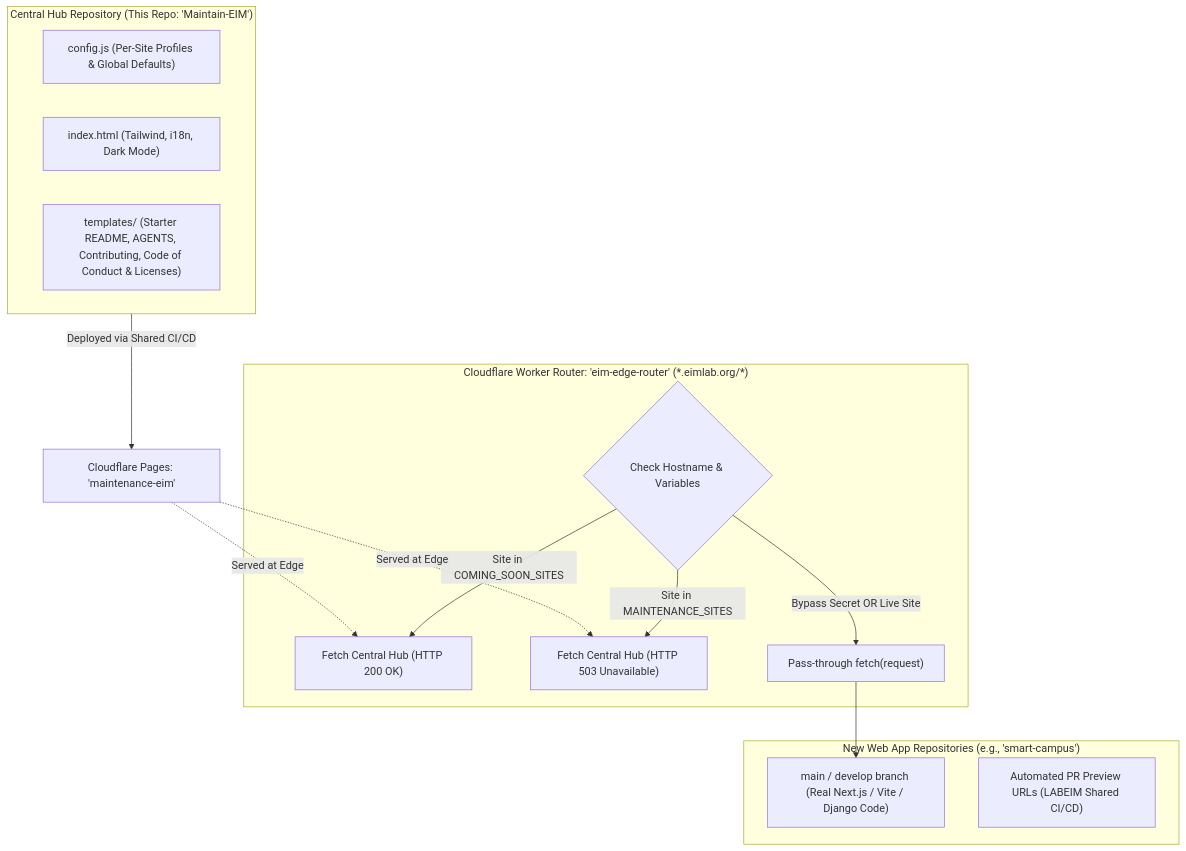
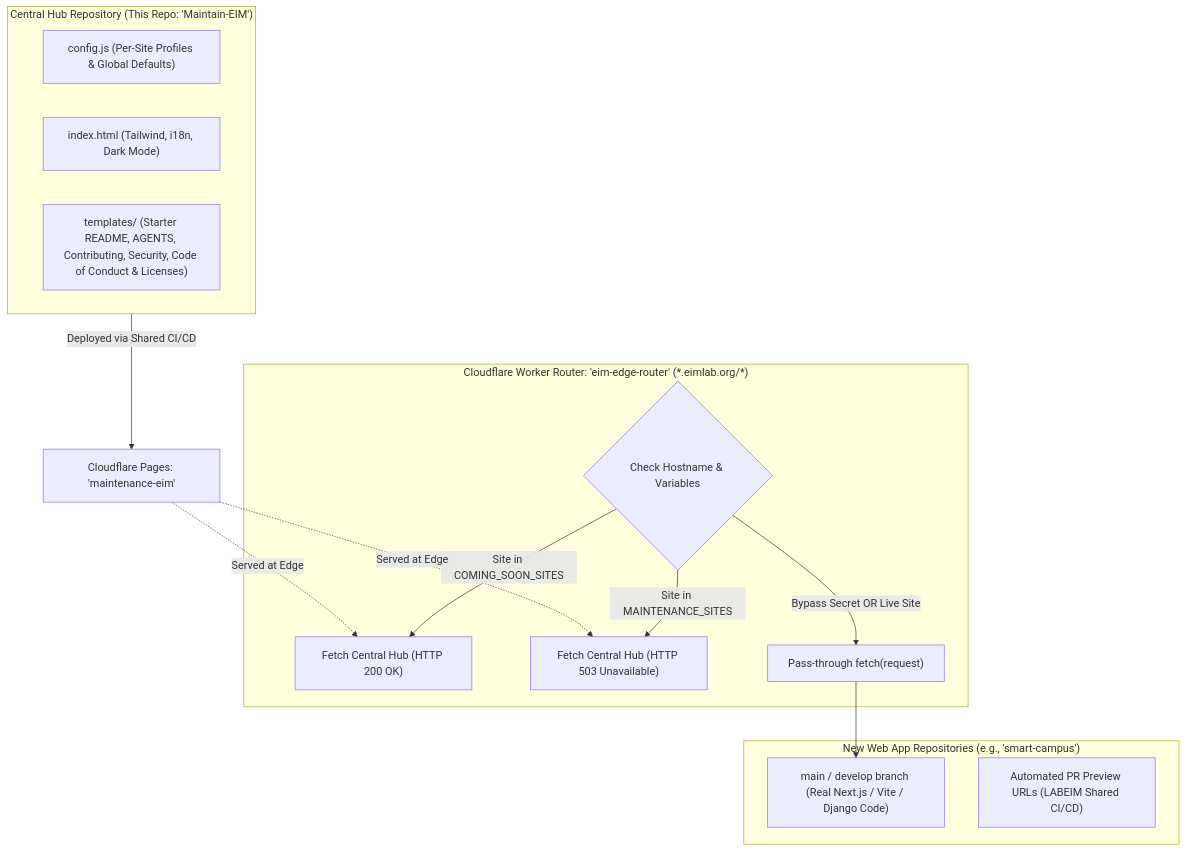
One commit to LABEIM/Maintain-EIM changed the diagram in SETUP.md. Above: the diagram before and after it, drawn with Mermaid. The commit also changed other lines of this file and 7 other files, not shown here.

````diff
--- a/SETUP.md
+++ b/SETUP.md
@@ -11,25 +11,25 @@
 ```mermaid
 flowchart TD
     subgraph Central_Hub ["Central Hub Repository (This Repo: 'Maintain-EIM')"]
         CONFIG["config.js (Per-Site Profiles & Global Defaults)"]
         HTML["index.html (Tailwind, i18n, Dark Mode)"]
-        TEMPLATES["templates/ (Starter README, AGENTS, Contributing, Code of Conduct & Licenses)"]
+        TEMPLATES["templates/ (Starter README, AGENTS, Contributing, Security, Code of Conduct & Licenses)"]
     end
 
     subgraph Edge_Gateway ["Cloudflare Worker Router: 'eim-edge-router' (*.eimlab.org/*)"]
         ROUTER{"Check Hostname & Variables"}
         ROUTER -->|Site in COMING_SOON_SITES| CS_RES["Fetch Central Hub (HTTP 200 OK)"]
         ROUTER -->|Site in MAINTENANCE_SITES| MT_RES["Fetch Central Hub (HTTP 503 Unavailable)"]
         ROUTER -->|Bypass Secret OR Live Site| APP_RES["Pass-through fetch(request)"]
     end
 
     subgraph App_Repos ["New Web App Repositories (e.g., 'smart-campus')"]
         MAIN["main / develop branch (Real Next.js / Vite / Django Code)"]
         PR_PREVIEW["Automated PR Preview URLs (LABEIM Shared CI/CD)"]
     end
 
     Central_Hub -->|Deployed via Shared CI/CD| CF_HUB["Cloudflare Pages: 'maintenance-eim'"]
     CF_HUB -.->|Served at Edge| CS_RES
     CF_HUB -.->|Served at Edge| MT_RES
     APP_RES --> MAIN
 ```
````
